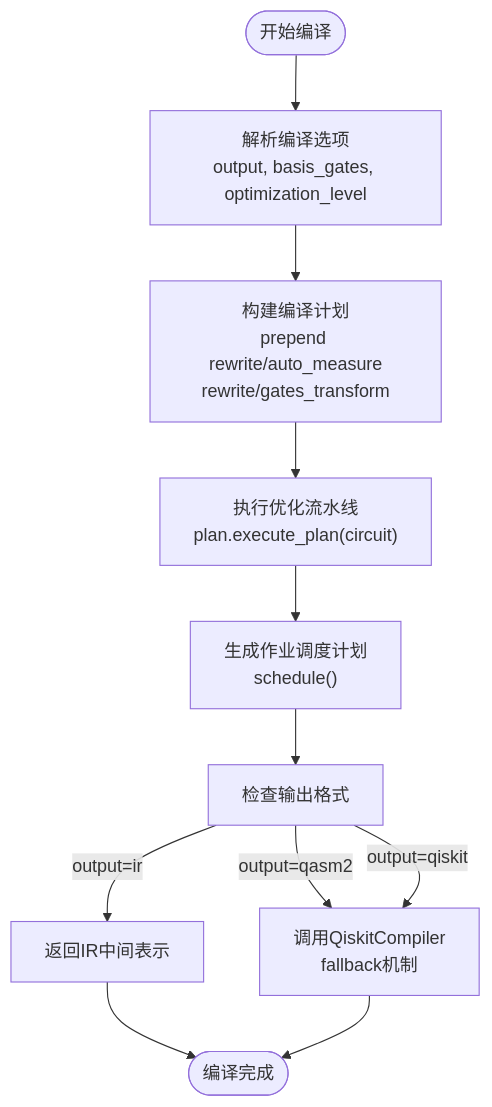
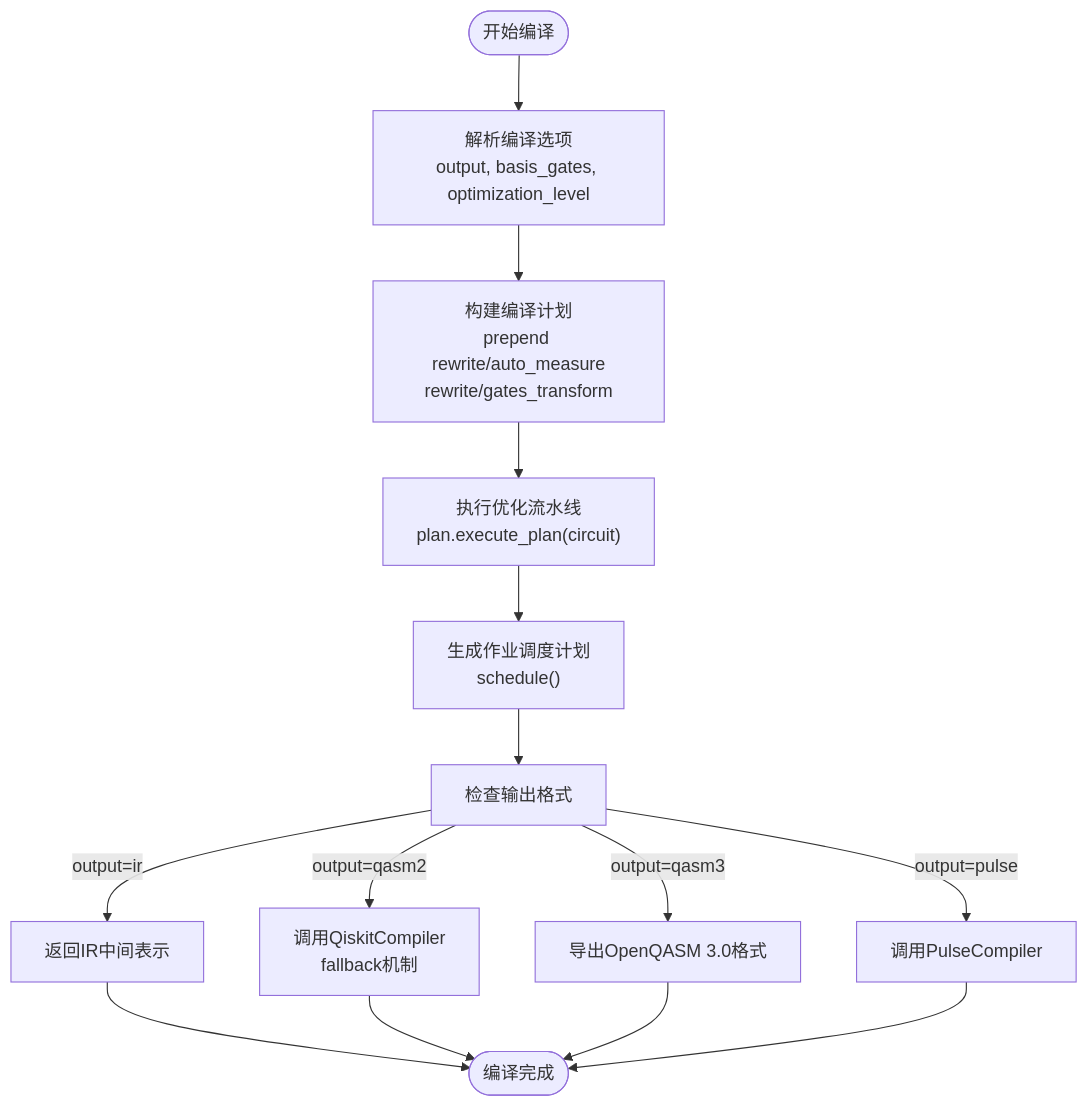
Before and after one commit to QureGenAI-Biotech/TyxonQ: the first of 5 diagrams in .qoder/repowiki/zh/content/编译引擎/原生编译器.md, drawn with Mermaid. The commit also changed other lines of this file and 9 other files, not shown here.

````diff
--- a/.qoder/repowiki/zh/content/编译引擎/原生编译器.md
+++ b/.qoder/repowiki/zh/content/编译引擎/原生编译器.md
@@ -35,13 +40,16 @@
 ```mermaid
 flowchart TD
 Start([开始编译]) --> ParseOptions["解析编译选项<br/>output, basis_gates, optimization_level"]
 ParseOptions --> BuildPlan["构建编译计划<br/>prepend rewrite/auto_measure<br/>rewrite/gates_transform"]
 BuildPlan --> ExecutePlan["执行优化流水线<br/>plan.execute_plan(circuit)"]
 ExecutePlan --> ScheduleJob["生成作业调度计划<br/>schedule()"]
 ScheduleJob --> CheckOutput["检查输出格式"]
 CheckOutput --> |output=ir| ReturnIR["返回IR中间表示"]
 CheckOutput --> |output=qasm2| CallQiskit["调用QiskitCompiler<br/>fallback机制"]
-CheckOutput --> |output=qiskit| CallQiskit
+CheckOutput --> |output=qasm3| ExportQASM3["导出OpenQASM 3.0格式"]
+CheckOutput --> |output=pulse| CallPulse["调用PulseCompiler"]
 ReturnIR --> End([编译完成])
 CallQiskit --> End
+ExportQASM3 --> End
+CallPulse --> End
 ```
````
